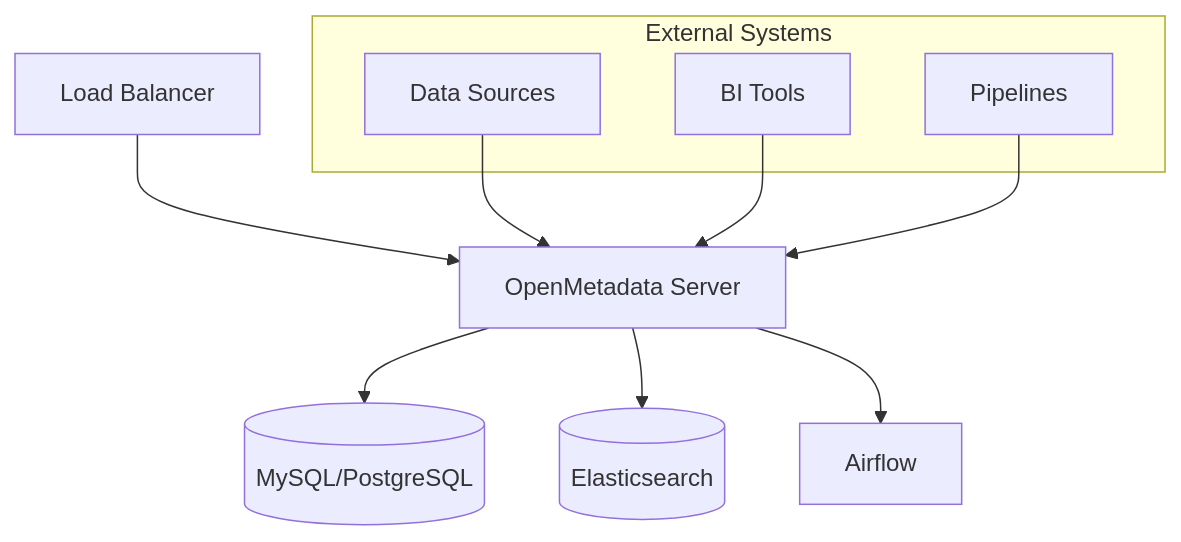
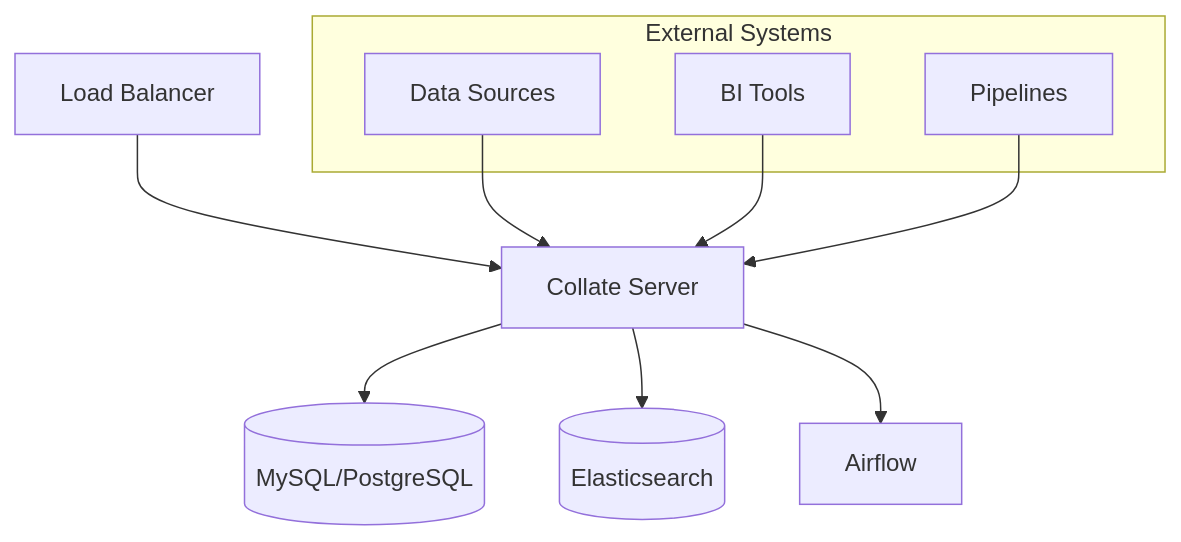
One commit to open-metadata/docs-mintlify changed the diagram in deployment/overview.mdx. Above: the diagram before and after it, drawn with Mermaid. The commit also changed other lines of this file and 5834 other files, not shown here.

````diff
--- a/deployment/overview.mdx
+++ b/deployment/overview.mdx
@@ -44,17 +44,17 @@
 ```mermaid
 graph TB
-    LB[Load Balancer] --> OM[OpenMetadata Server]
+    LB[Load Balancer] --> OM[Collate Server]
     OM --> DB[(MySQL/PostgreSQL)]
     OM --> ES[(Elasticsearch)]
     OM --> AM[Airflow]
     
     subgraph "External Systems"
         DS1[Data Sources]
         DS2[BI Tools]
         DS3[Pipelines]
     end
     
     DS1 --> OM
     DS2 --> OM  
     DS3 --> OM
 ```
````
